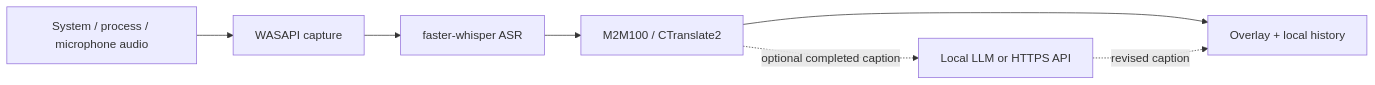
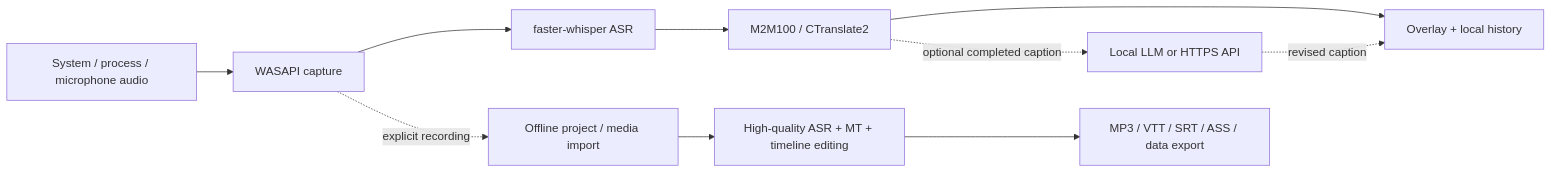
The diagram in README.md (MuzeAnisichael/LinguaRelay), drawn with Mermaid before and after one commit. The commit also changed other lines of this file and 52 other files, not shown here.

Commit message:
feat: add recording and offline subtitle workbench

````diff
--- a/README.md
+++ b/README.md
@@ -111,9 +126,12 @@
 ```mermaid
 flowchart LR
     A["System / process / microphone audio"] --> B["WASAPI capture"]
     B --> C["faster-whisper ASR"]
     C --> D["M2M100 / CTranslate2"]
     D --> E["Overlay + local history"]
     D -. "optional completed caption" .-> F["Local LLM or HTTPS API"]
     F -. "revised caption" .-> E
+    B -. "explicit recording" .-> G["Offline project / media import"]
+    G --> H["High-quality ASR + MT + timeline editing"]
+    H --> I["MP3 / VTT / SRT / ASS / data export"]
 ```
````
